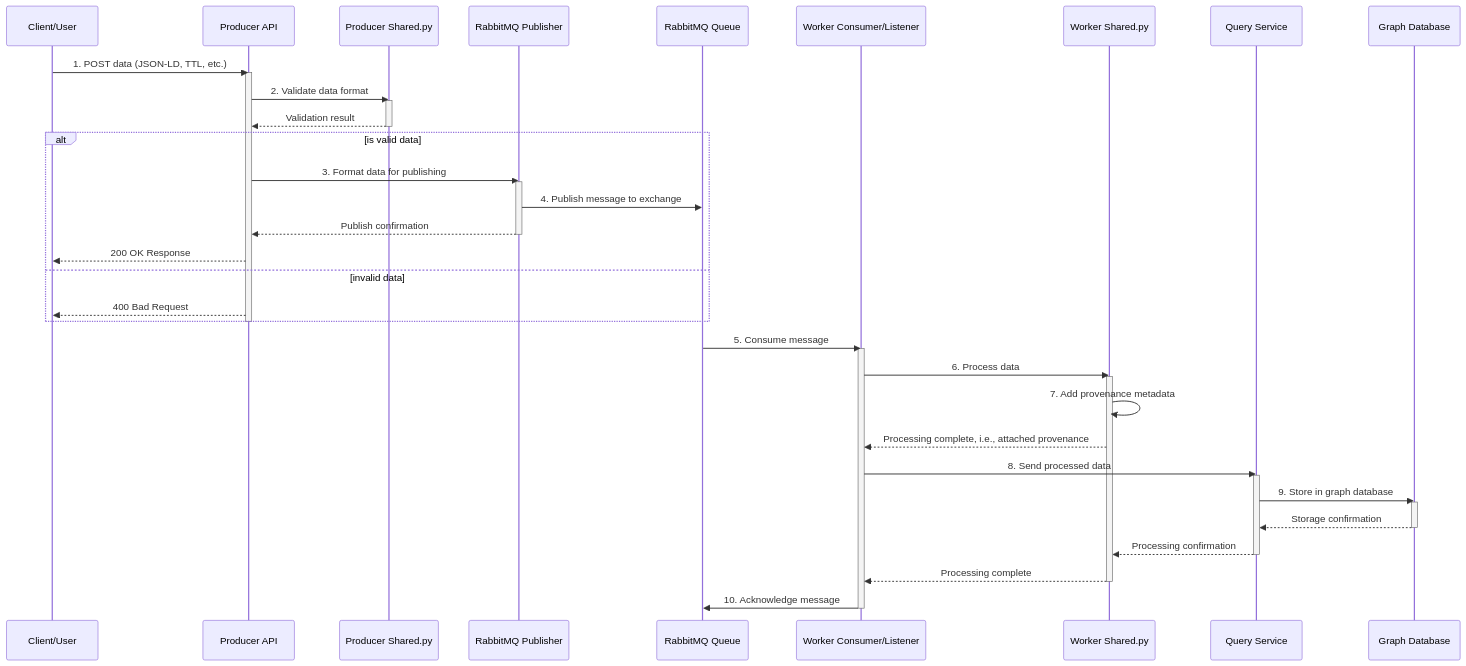
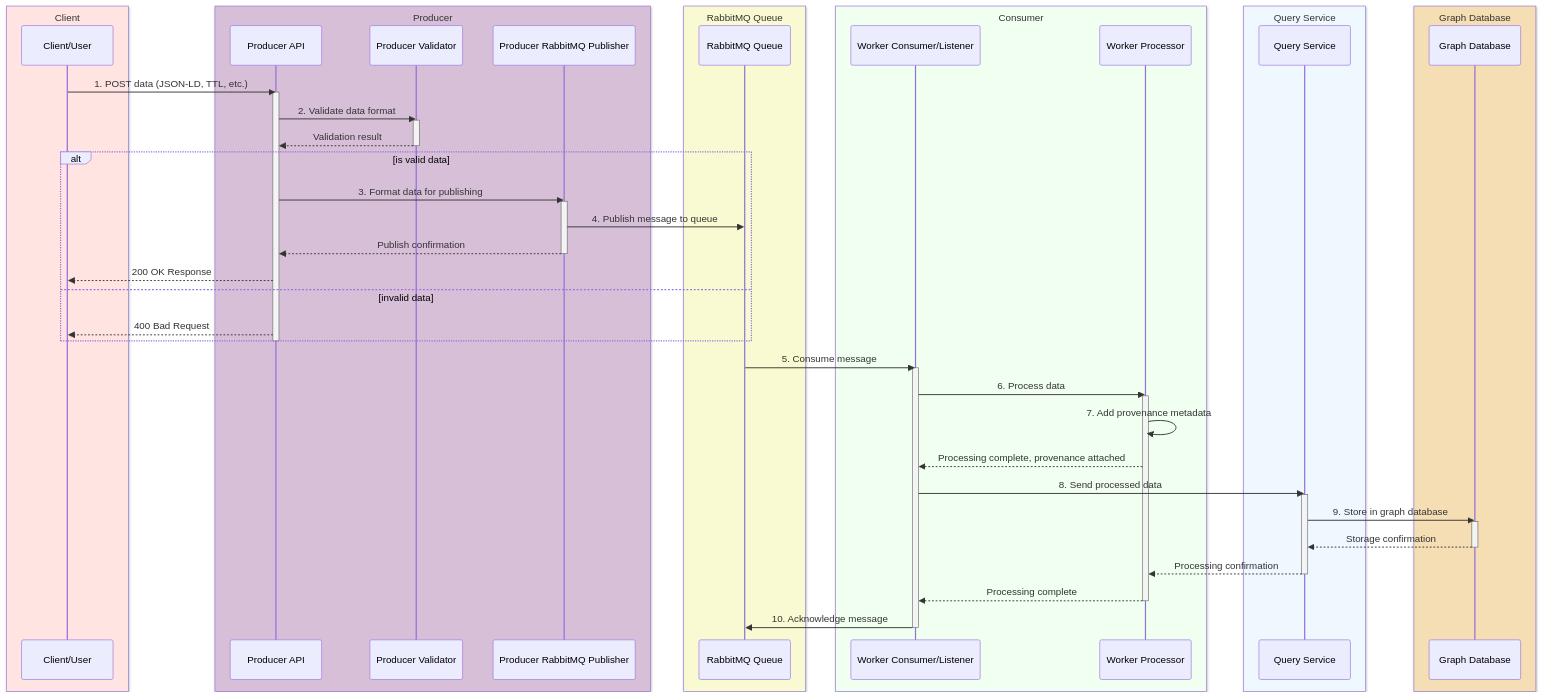
Before and after one commit to sensein/brainkbdocs: the diagram in docs/ingestion_service.md, drawn with Mermaid. The commit also changed other lines of this file, not shown here.

Commit message:
colored version of the diagram

````diff
--- a/docs/ingestion_service.md
+++ b/docs/ingestion_service.md
@@ -5,14 +6,32 @@
 ```{mermaid} 
 sequenceDiagram
-    participant Client as Client/User
-    participant API as Producer API
-    participant Validator as Producer Shared.py
-    participant Publisher as RabbitMQ Publisher
-    participant RabbitMQ as RabbitMQ Queue
-    participant Consumer as Worker Consumer/Listener
-    participant Processor as Worker Shared.py
-    participant QueryService as Query Service
-    participant GraphDB as Graph Database
+    %% Client/User on the left
+    box MistyRose Client
+        participant Client as Client/User
+    end
+
+    box Thistle Producer
+        participant API as Producer API
+        participant Validator as Producer Validator
+        participant Publisher as Producer RabbitMQ Publisher
+    end
+
+    box LightGoldenRodYellow RabbitMQ Queue
+        participant RabbitMQ as RabbitMQ Queue
+    end
+
+    box HoneyDew Consumer
+        participant Consumer as Worker Consumer/Listener
+        participant Processor as Worker Processor
+    end
+
+    box AliceBlue Query Service
+        participant QueryService as Query Service
+    end
+
+    box Wheat Graph Database
+        participant GraphDB as Graph Database
+    end
 
     %% Client submits data
     Client->>API: 1. POST data (JSON-LD, TTL, etc.)
@@ -27,7 +46,7 @@
     alt is valid data
         API->>Publisher: 3. Format data for publishing
         activate Publisher
-        Publisher->>RabbitMQ: 4. Publish message to exchange
+        Publisher->>RabbitMQ: 4. Publish message to queue
         Publisher-->>API: Publish confirmation
         deactivate Publisher
         API-->>Client: 200 OK Response
@@ -45,8 +64,8 @@
     %% Processing steps
     Processor->>Processor: 7. Add provenance metadata
     
-      %% Acknowledge message
-    Processor-->>Consumer: Processing complete, i.e., attached provenance
+    %% Acknowledge message
+    Processor-->>Consumer: Processing complete, provenance attached
 
     %% Send to query service
     Consumer->>QueryService: 8. Send processed data
@@ -65,5 +84,5 @@
     Processor-->>Consumer: Processing complete
     deactivate Processor
     Consumer->>RabbitMQ: 10. Acknowledge message
-    deactivate Consumer
+    deactivate Consumer 
 ```
````
